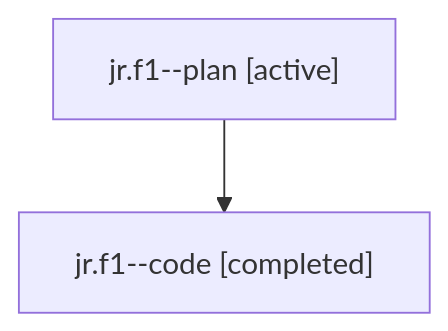
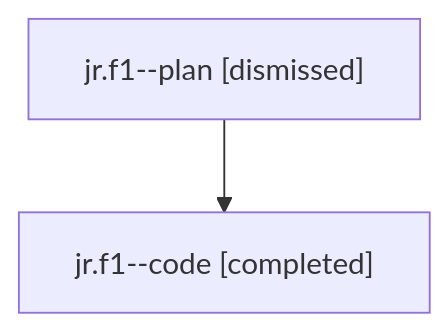
One commit to bobs-org/bob-cli--agents changed the diagram in sessions/bbugyi200.athena.jr.f1.md. Above: the diagram before and after it, drawn with Mermaid. The commit also changed other lines of this file and 36 other files, not shown here.

````diff
--- a/sessions/bbugyi200.athena.jr.f1.md
+++ b/sessions/bbugyi200.athena.jr.f1.md
@@ -9,6 +9,6 @@
 ```mermaid
 flowchart TD
-  n0["jr.f1--plan [active]"]
+  n0["jr.f1--plan [dismissed]"]
   n1["jr.f1--code [completed]"]
   n0 --> n1
 ```
````
